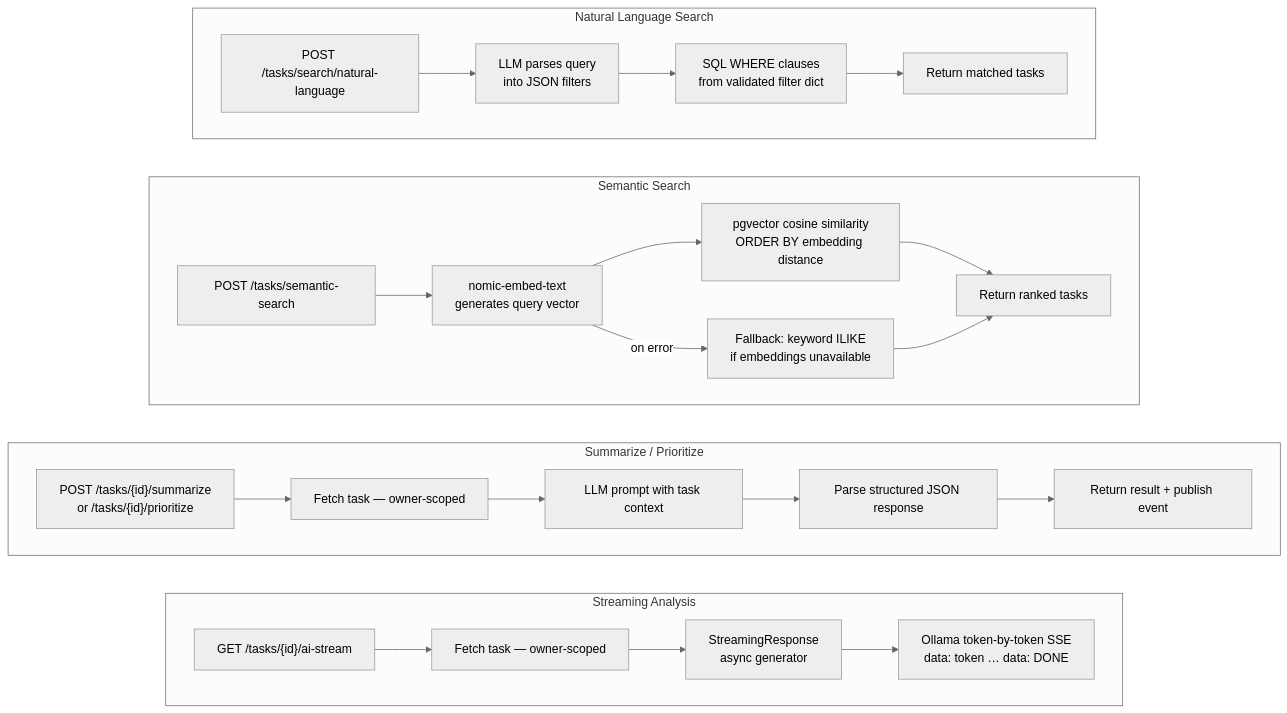
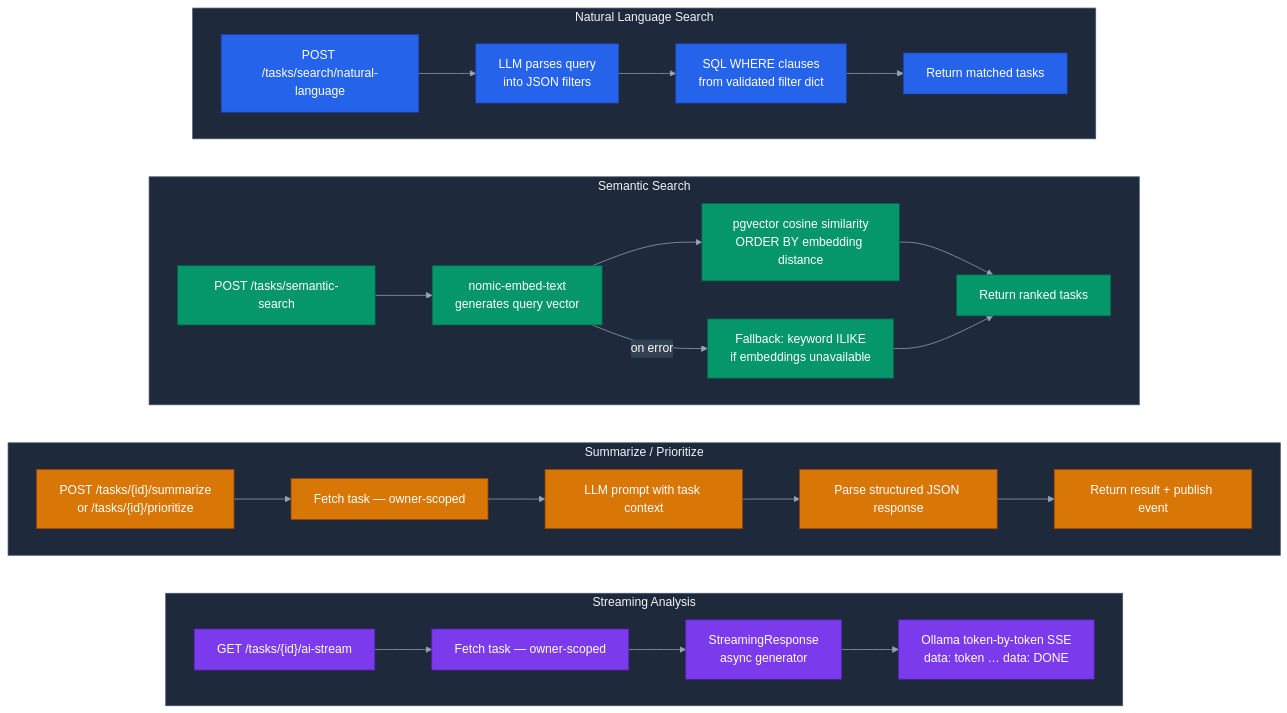
The fourth of 7 diagrams in README.md (adwibha/cortex-api), drawn with Mermaid before and after one commit. The commit also changed other lines of this file and 1 other file, not shown here.

First line of the commit message:
docs: colorful Mermaid diagrams, honest conclusion, and MIT license

````diff
--- a/README.md
+++ b/README.md
@@ -255,42 +271,52 @@
 ```mermaid
-%%{init: {'theme': 'neutral'}}%%
+%%{init: {'theme': 'base', 'themeVariables': {'primaryColor': '#2563eb', 'primaryTextColor': '#ffffff', 'primaryBorderColor': '#1e40af', 'lineColor': '#94a3b8', 'clusterBkg': '#1e293b', 'clusterBorder': '#475569', 'titleColor': '#f1f5f9', 'edgeLabelBackground': '#334155'}}}%%
 flowchart TD
     subgraph NL["Natural Language Search"]
         NL1["POST /tasks/search/natural-language"]
         NL2["LLM parses query\ninto JSON filters"]
         NL3["SQL WHERE clauses\nfrom validated filter dict"]
         NL4["Return matched tasks"]
         NL1 --> NL2 --> NL3 --> NL4
     end
 
     subgraph SEM["Semantic Search"]
         S1["POST /tasks/semantic-search"]
         S2["nomic-embed-text\ngenerates query vector"]
         S3["pgvector cosine similarity\nORDER BY embedding distance"]
         S4["Return ranked tasks"]
         S5["Fallback: keyword ILIKE\nif embeddings unavailable"]
         S1 --> S2 --> S3 --> S4
         S2 -->|on error| S5 --> S4
     end
 
     subgraph SUM["Summarize / Prioritize"]
         P1["POST /tasks/{id}/summarize\nor /tasks/{id}/prioritize"]
         P2["Fetch task — owner-scoped"]
         P3["LLM prompt with task context"]
         P4["Parse structured JSON response"]
         P5["Return result + publish event"]
         P1 --> P2 --> P3 --> P4 --> P5
     end
 
     subgraph STR["Streaming Analysis"]
         ST1["GET /tasks/{id}/ai-stream"]
         ST2["Fetch task — owner-scoped"]
         ST3["StreamingResponse\nasync generator"]
         ST4["Ollama token-by-token SSE\ndata: token … data: DONE"]
         ST1 --> ST2 --> ST3 --> ST4
     end
 
     NL ~~~ SEM
     SEM ~~~ SUM
     SUM ~~~ STR
+
+    classDef nl  fill:#2563eb,stroke:#1e40af,color:#fff
+    classDef sem fill:#059669,stroke:#065f46,color:#fff
+    classDef sum fill:#d97706,stroke:#92400e,color:#fff
+    classDef str fill:#7c3aed,stroke:#5b21b6,color:#fff
+
+    class NL1,NL2,NL3,NL4 nl
+    class S1,S2,S3,S4,S5 sem
+    class P1,P2,P3,P4,P5 sum
+    class ST1,ST2,ST3,ST4 str
 ```
````
